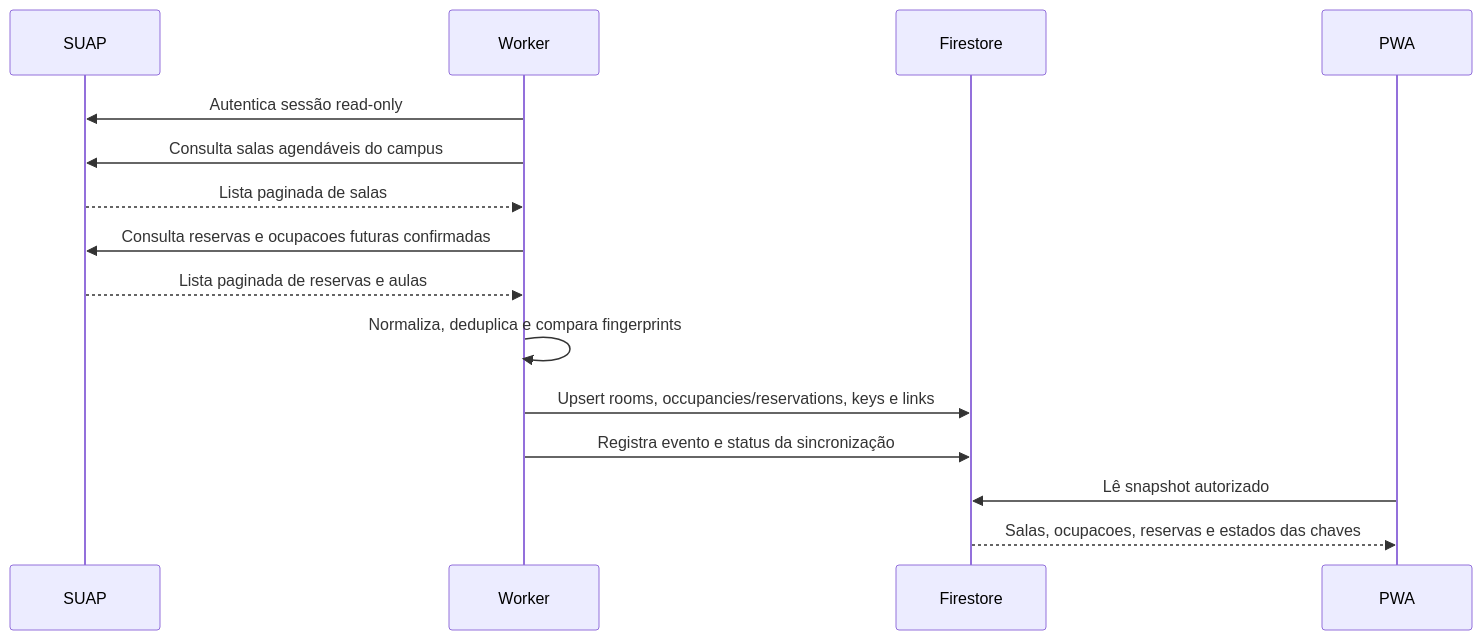
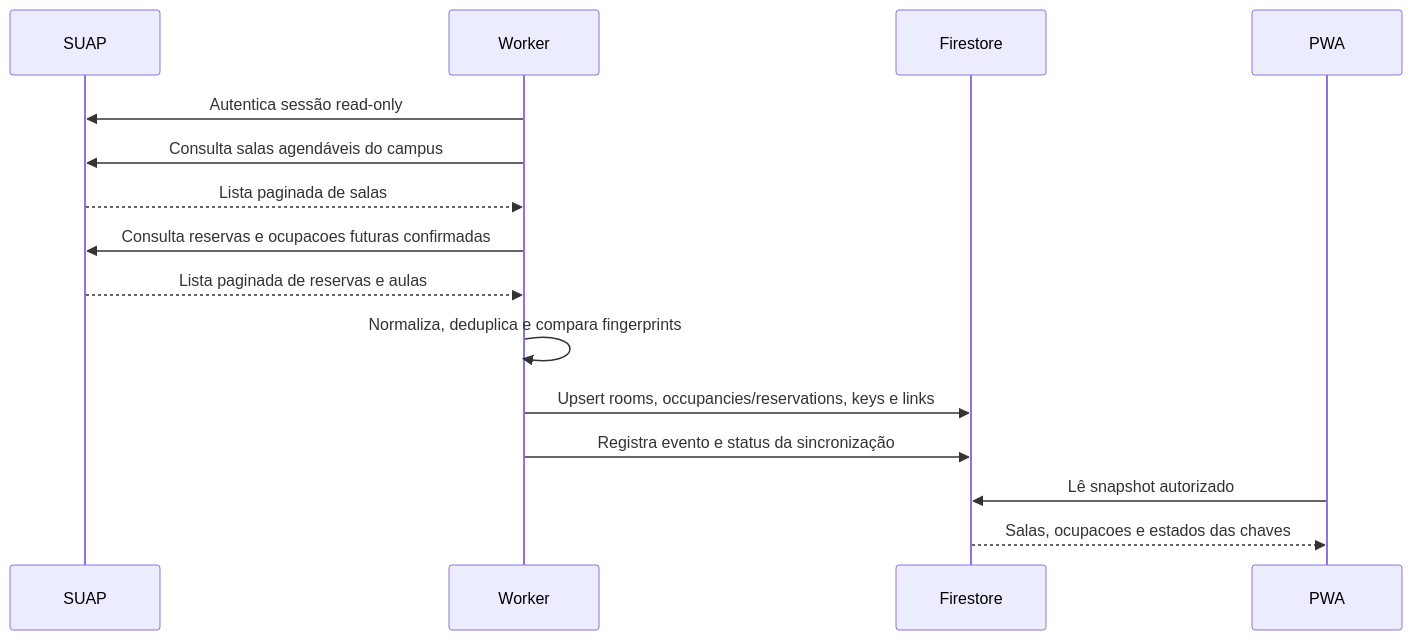
The second of 4 diagrams in docs/fluxos-e-modelo.md (jacsonlinux/chaveiro-ifbaps), drawn with Mermaid before and after one commit. The commit also changed other lines of this file and 11 other files, not shown here.

````diff
--- a/docs/fluxos-e-modelo.md
+++ b/docs/fluxos-e-modelo.md
@@ -235,18 +234,18 @@
 ```mermaid
 sequenceDiagram
     participant S as SUAP
     participant W as Worker
     participant F as Firestore
     participant P as PWA
 
     W->>S: Autentica sessão read-only
     W->>S: Consulta salas agendáveis do campus
     S-->>W: Lista paginada de salas
     W->>S: Consulta reservas e ocupacoes futuras confirmadas
     S-->>W: Lista paginada de reservas e aulas
     W->>W: Normaliza, deduplica e compara fingerprints
     W->>F: Upsert rooms, occupancies/reservations, keys e links
     W->>F: Registra evento e status da sincronização
     P->>F: Lê snapshot autorizado
-    F-->>P: Salas, ocupacoes, reservas e estados das chaves
+    F-->>P: Salas, ocupacoes e estados das chaves
 ```
````
